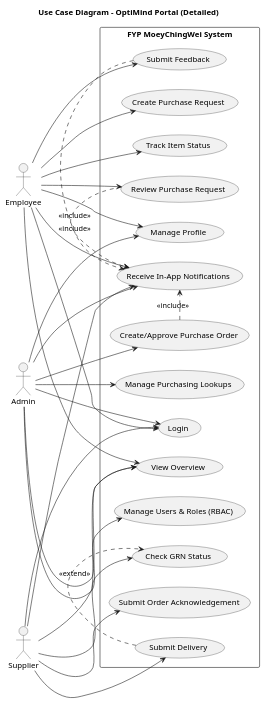
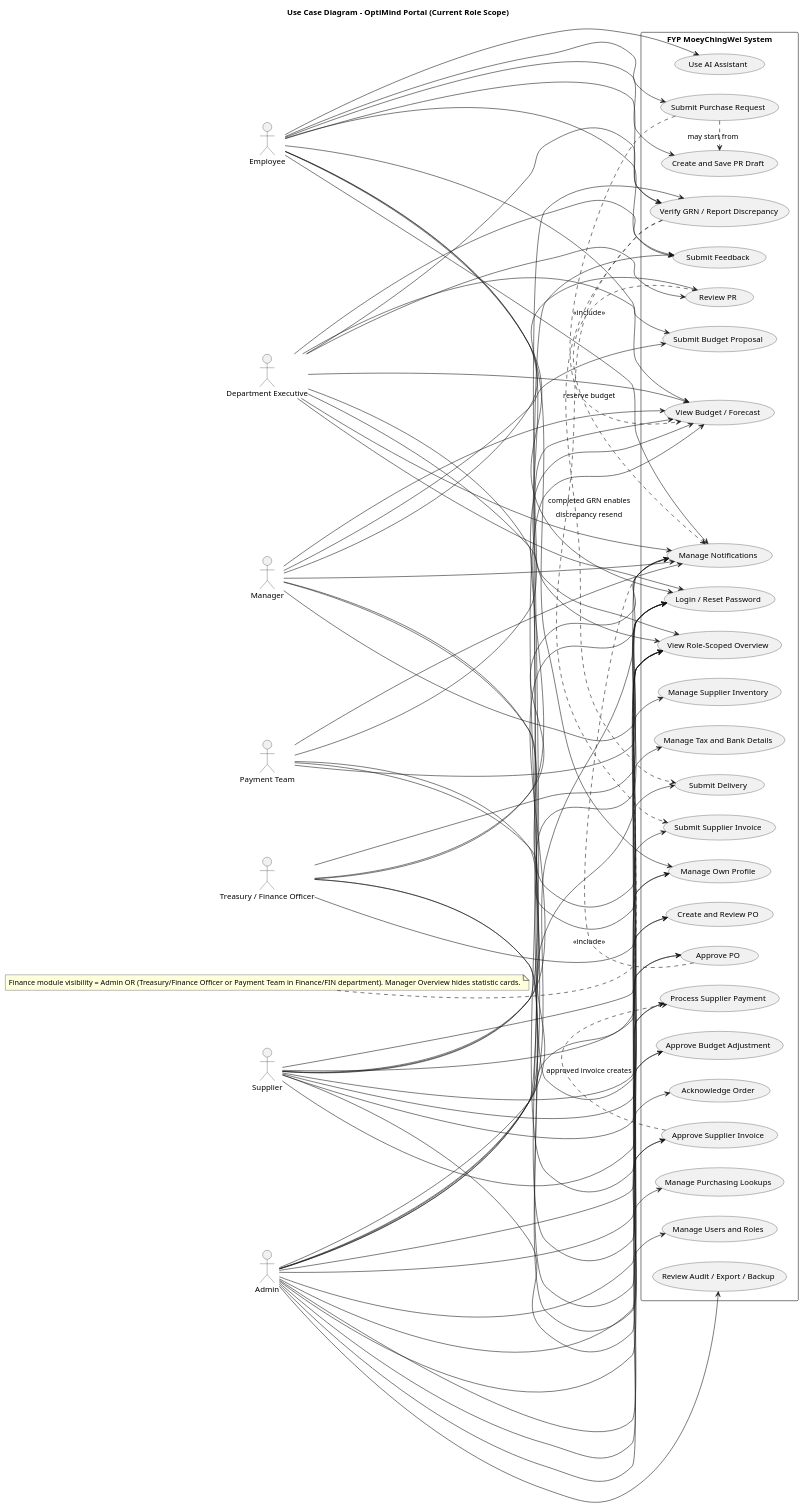
The diagram in Diagram/use-case-system.puml (MoeyChingWei/FYP-MoeyChingWei), drawn with PlantUML before and after one commit. The commit also changed 47 other files, not shown here.

Commit message:
Update for diagram

```diff
--- a/Diagram/use-case-system.puml
+++ b/Diagram/use-case-system.puml
@@ -1,55 +1,119 @@
 @startuml
-title Use Case Diagram - OptiMind Portal (Detailed)
+title Use Case Diagram - OptiMind Portal (Current Role Scope)
 left to right direction
 
 actor Employee
+actor "Department Executive" as Executive
+actor Manager
+actor "Treasury / Finance Officer" as FinanceOfficer
+actor "Payment Team" as PaymentTeam
+actor Supplier
 actor Admin
-actor Supplier
 
 rectangle "FYP MoeyChingWei System" {
-  usecase "Login" as UC1
-  usecase "View Overview" as UC2
-  usecase "Manage Profile" as UC3
-  usecase "Create Purchase Request" as UC4
-  usecase "Review Purchase Request" as UC5
-  usecase "Create/Approve Purchase Order" as UC6
-  usecase "Submit Order Acknowledgement" as UC7
-  usecase "Submit Delivery" as UC8
-  usecase "Check GRN Status" as UC14
-  usecase "Receive In-App Notifications" as UC9
-  usecase "Submit Feedback" as UC10
-  usecase "Manage Users & Roles (RBAC)" as UC11
-  usecase "Manage Purchasing Lookups" as UC13
-  usecase "Track Item Status" as UC15
+  usecase "Login / Reset Password" as Auth
+  usecase "View Role-Scoped Overview" as Overview
+  usecase "Manage Own Profile" as Profile
+  usecase "Create and Save PR Draft" as Draft
+  usecase "Submit Purchase Request" as SubmitPR
+  usecase "Review PR" as ReviewPR
+  usecase "Create and Review PO" as PO
+  usecase "Approve PO" as ApprovePO
+  usecase "Acknowledge Order" as Ack
+  usecase "Submit Delivery" as Delivery
+  usecase "Verify GRN / Report Discrepancy" as GRN
+  usecase "Submit Supplier Invoice" as Invoice
+  usecase "Approve Supplier Invoice" as InvoiceApproval
+  usecase "Process Supplier Payment" as Payment
+  usecase "View Budget / Forecast" as Forecast
+  usecase "Submit Budget Proposal" as BudgetSubmit
+  usecase "Approve Budget Adjustment" as BudgetApprove
+  usecase "Manage Notifications" as Notifications
+  usecase "Submit Feedback" as Feedback
+  usecase "Use AI Assistant" as AI
+  usecase "Manage Supplier Inventory" as Inventory
+  usecase "Manage Purchasing Lookups" as Lookups
+  usecase "Manage Users and Roles" as Users
+  usecase "Review Audit / Export / Backup" as Operations
+  usecase "Manage Tax and Bank Details" as SupplierSettings
 }
 
-Employee --> UC1
-Employee --> UC2
-Employee --> UC3
-Employee --> UC4
-Employee --> UC5
-Employee --> UC9
-Employee --> UC10
-Employee --> UC15
+Employee --> Auth
+Employee --> Overview
+Employee --> Profile
+Employee --> Draft
+Employee --> SubmitPR
+Employee --> GRN
+Employee --> Forecast
+Employee --> Notifications
+Employee --> Feedback
+Employee --> AI
 
-Admin --> UC1
-Admin --> UC2
-Admin --> UC3
-Admin --> UC6
-Admin --> UC9
-Admin --> UC11
-Admin --> UC13
+Executive --> Auth
+Executive --> Overview
+Executive --> ReviewPR
+Executive --> PO
+Executive --> GRN
+Executive --> Forecast
+Executive --> BudgetSubmit
+Executive --> Notifications
+Executive --> Feedback
 
-Supplier --> UC1
-Supplier --> UC2
-Supplier --> UC7
-Supplier --> UC8
-Supplier --> UC14
-Supplier --> UC9
+Manager --> Auth
+Manager --> Overview
+Manager --> ReviewPR
+Manager --> ApprovePO
+Manager --> Forecast
+Manager --> BudgetSubmit
+Manager --> Notifications
 
-UC5 .> UC9 : <<include>>
-UC6 .> UC9 : <<include>>
-UC10 .> UC9 : <<include>>
-UC8 .> UC14 : <<extend>>
+FinanceOfficer --> Auth
+FinanceOfficer --> Overview
+FinanceOfficer --> InvoiceApproval
+FinanceOfficer --> Forecast
+FinanceOfficer --> BudgetApprove
+FinanceOfficer --> Notifications
 
+PaymentTeam --> Auth
+PaymentTeam --> Overview
+PaymentTeam --> Payment
+PaymentTeam --> Forecast
+PaymentTeam --> Notifications
+
+Supplier --> Auth
+Supplier --> Overview
+Supplier --> Ack
+Supplier --> Delivery
+Supplier --> GRN
+Supplier --> Invoice
+Supplier --> Inventory
+Supplier --> SupplierSettings
+Supplier --> Notifications
+Supplier --> Profile
+
+Admin --> Auth
+Admin --> Overview
+Admin --> Profile
+Admin --> Users
+Admin --> Lookups
+Admin --> Operations
+Admin --> PO
+Admin --> ApprovePO
+Admin --> InvoiceApproval
+Admin --> Payment
+Admin --> Forecast
+Admin --> BudgetApprove
+Admin --> Notifications
+Admin --> Feedback
+
+SubmitPR .> Draft : may start from
+SubmitPR .> Forecast : reserve budget
+ReviewPR .> Notifications : <<include>>
+ApprovePO .> Notifications : <<include>>
+GRN .> Delivery : discrepancy resend
+GRN .> Invoice : completed GRN enables
+InvoiceApproval .> Payment : approved invoice creates
+
+note "Finance module visibility = Admin OR (Treasury/Finance Officer or Payment Team in Finance/FIN department). Manager Overview hides statistic cards." as AccessRule
+AccessRule .. Overview
 @enduml
```
